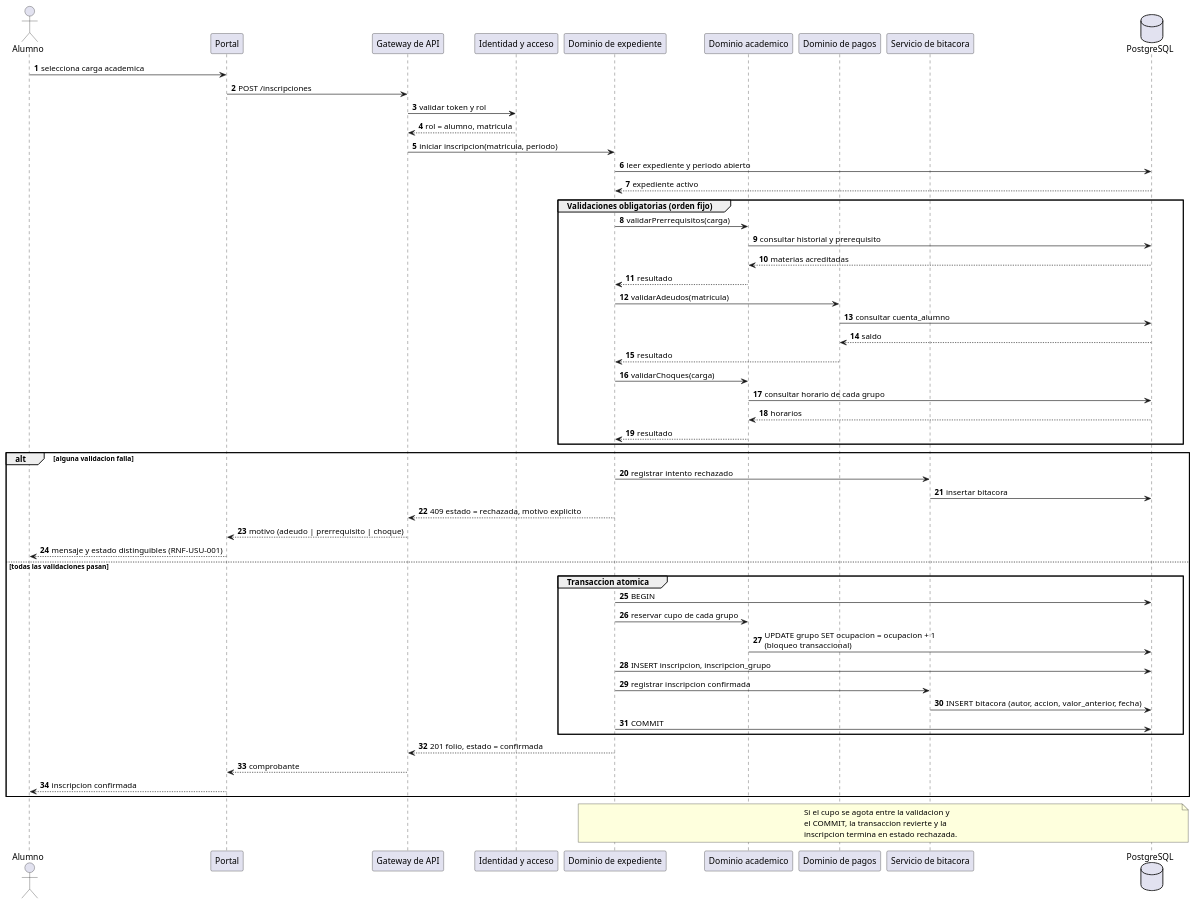
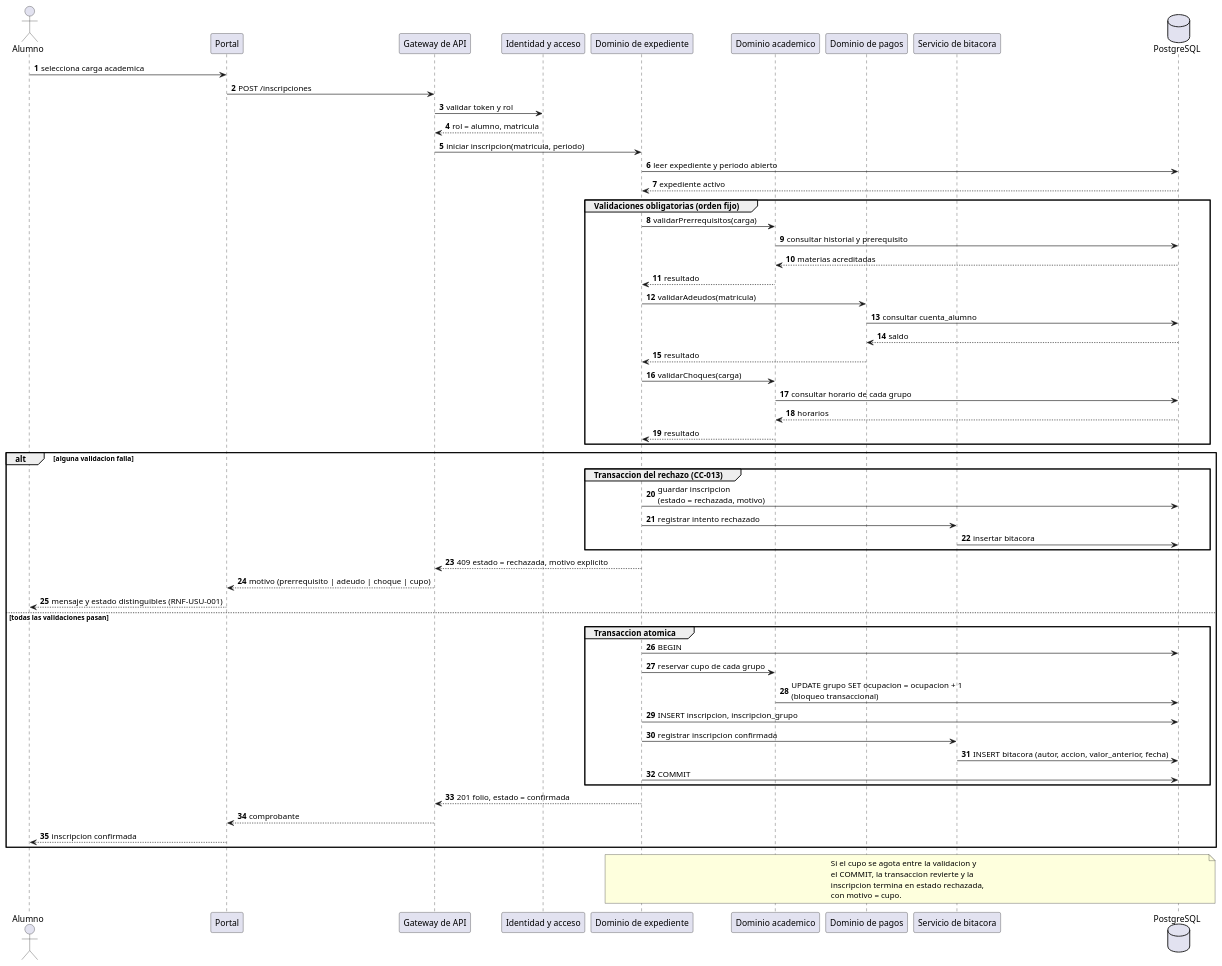
Before and after one commit to fjmp-dev/sce-control-escolar: the diagram in docs/arquitectura/fig04-secuencia-inscripcion.puml, drawn with PlantUML. The commit also changed 18 other files, not shown here.

```diff
--- a/docs/arquitectura/fig04-secuencia-inscripcion.puml
+++ b/docs/arquitectura/fig04-secuencia-inscripcion.puml
@@ -1,71 +1,75 @@
 @startuml fig04-secuencia-inscripcion
 ' Figura 4. Diagrama de secuencia UML: inscripcion semestral (RF-002).
 ' Fuente: SCE-MC-001 v2.0, seccion 13.4.
 ' Muestra el orden de validaciones, la transaccion y el registro en bitacora.
 skinparam shadowing false
 autonumber
 
 actor Alumno as AL
 participant "Portal" as UI
 participant "Gateway de API" as GW
 participant "Identidad y acceso" as IAM
 participant "Dominio de expediente" as DEXP
 participant "Dominio academico" as DACA
 participant "Dominio de pagos" as DPAG
 participant "Servicio de bitacora" as BIT
 database "PostgreSQL" as DB
 
 AL -> UI : selecciona carga academica
 UI -> GW : POST /inscripciones
 GW -> IAM : validar token y rol
 IAM --> GW : rol = alumno, matricula
 
 GW -> DEXP : iniciar inscripcion(matricula, periodo)
 DEXP -> DB : leer expediente y periodo abierto
 DB --> DEXP : expediente activo
 
 group Validaciones obligatorias (orden fijo)
   DEXP -> DACA : validarPrerrequisitos(carga)
   DACA -> DB : consultar historial y prerequisito
   DB --> DACA : materias acreditadas
   DACA --> DEXP : resultado
 
   DEXP -> DPAG : validarAdeudos(matricula)
   DPAG -> DB : consultar cuenta_alumno
   DB --> DPAG : saldo
   DPAG --> DEXP : resultado
 
   DEXP -> DACA : validarChoques(carga)
   DACA -> DB : consultar horario de cada grupo
   DB --> DACA : horarios
   DACA --> DEXP : resultado
 end
 
 alt alguna validacion falla
-  DEXP -> BIT : registrar intento rechazado
-  BIT -> DB : insertar bitacora
+  group Transaccion del rechazo (CC-013)
+    DEXP -> DB : guardar inscripcion\n(estado = rechazada, motivo)
+    DEXP -> BIT : registrar intento rechazado
+    BIT -> DB : insertar bitacora
+  end
   DEXP --> GW : 409 estado = rechazada, motivo explicito
-  GW --> UI : motivo (adeudo | prerrequisito | choque)
+  GW --> UI : motivo (prerrequisito | adeudo | choque | cupo)
   UI --> AL : mensaje y estado distinguibles (RNF-USU-001)
 else todas las validaciones pasan
   group Transaccion atomica
     DEXP -> DB : BEGIN
     DEXP -> DACA : reservar cupo de cada grupo
     DACA -> DB : UPDATE grupo SET ocupacion = ocupacion + 1\n(bloqueo transaccional)
     DEXP -> DB : INSERT inscripcion, inscripcion_grupo
     DEXP -> BIT : registrar inscripcion confirmada
     BIT -> DB : INSERT bitacora (autor, accion, valor_anterior, fecha)
     DEXP -> DB : COMMIT
   end
   DEXP --> GW : 201 folio, estado = confirmada
   GW --> UI : comprobante
   UI --> AL : inscripcion confirmada
 end
 
 note over DEXP, DB
   Si el cupo se agota entre la validacion y
   el COMMIT, la transaccion revierte y la
-  inscripcion termina en estado rechazada.
+  inscripcion termina en estado rechazada,
+  con motivo = cupo.
 end note
 
 @enduml
```
